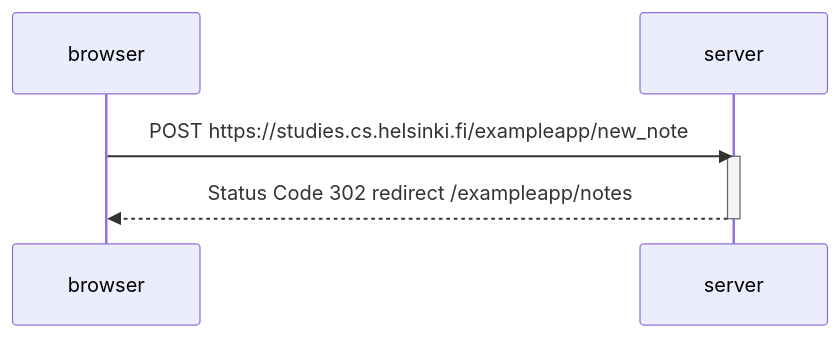
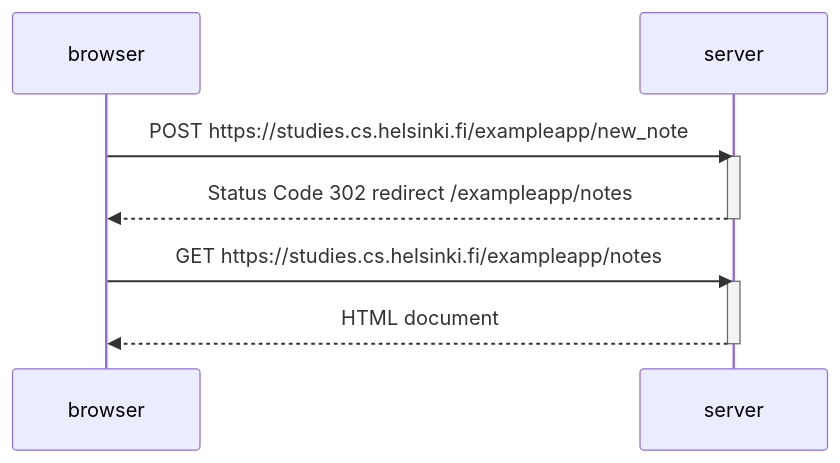
One commit to hiacarvalho/Fullstack changed the diagram in 0.4_NewNoteDiagram.md. Above: the diagram before and after it, drawn with Mermaid.

````diff
--- a/0.4_NewNoteDiagram.md
+++ b/0.4_NewNoteDiagram.md
@@ -1,10 +1,15 @@
 ```mermaid
 sequenceDiagram
     participant browser
     participant server
 
     browser->>server: POST https://studies.cs.helsinki.fi/exampleapp/new_note
     activate server
     server-->>browser: Status Code 302 redirect /exampleapp/notes
     deactivate server
+
+    browser->>server: GET https://studies.cs.helsinki.fi/exampleapp/notes
+    activate server
+    server-->>browser: HTML document
+    deactivate server
 ```
````
